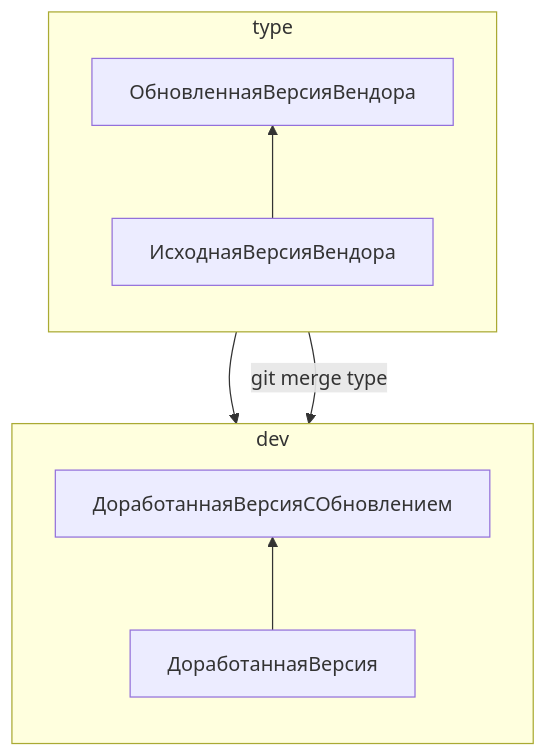
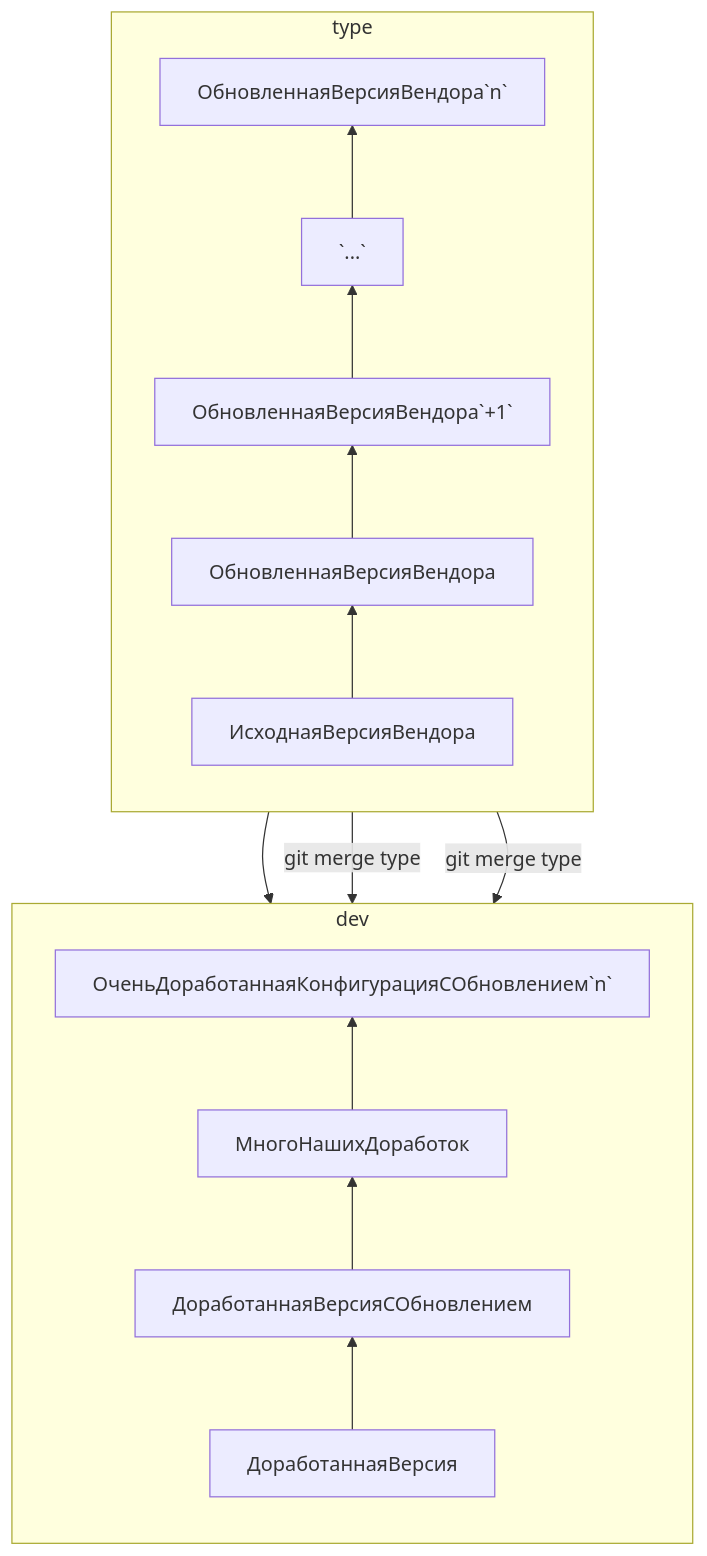
One commit to pZayash/odins_vendor_git changed the diagram in readme.md. Above: the diagram before and after it, drawn with Mermaid. The commit also changed other lines of this file and 1 other file, not shown here.

````diff
--- a/readme.md
+++ b/readme.md
@@ -19,13 +26,20 @@
 ```mermaid
 flowchart
     subgraph vendors["type"]
         direction BT
         ИсходнаяВерсияВендора --> ОбновленнаяВерсияВендора
+        ОбновленнаяВерсияВендора --> ОбновленнаяВерсияВендора`+1`
+        ОбновленнаяВерсияВендора`+1` --> `...`
+        `...` --> ОбновленнаяВерсияВендора`n`
     end
     subgraph dev["dev"]
         direction BT
         ДоработаннаяВерсия --> ДоработаннаяВерсияСОбновлением
+        ДоработаннаяВерсияСОбновлением --> МногоНашихДоработок
+        МногоНашихДоработок --> ОченьДоработаннаяКонфигурацияСОбновлением`n`
     end
     ИсходнаяВерсияВендора --> ДоработаннаяВерсия
     ОбновленнаяВерсияВендора -->|"git merge type"| ДоработаннаяВерсияСОбновлением
+    ОбновленнаяВерсияВендора`n` -->|"git merge type"| ОченьДоработаннаяКонфигурацияСОбновлением`n`
+  
 ```
````
